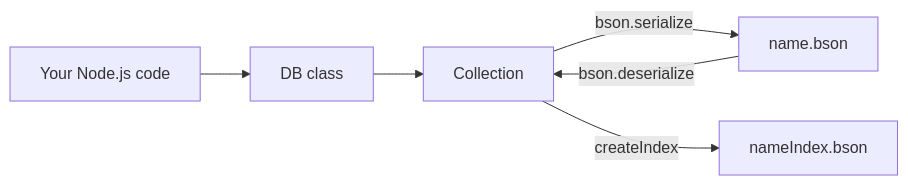
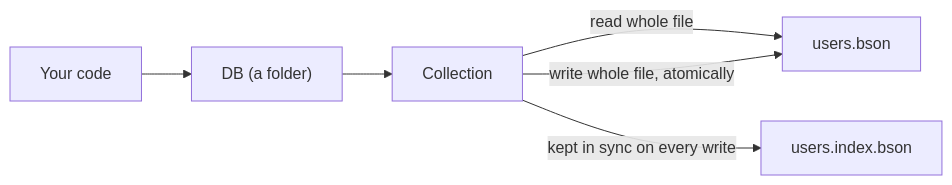
One commit to youssefseyam212/youssefdb changed the diagram in README.md. Above: the diagram before and after it, drawn with Mermaid. The commit also changed other lines of this file and 5 other files, not shown here.

````diff
--- a/README.md
+++ b/README.md
@@ -9,8 +42,8 @@
 ```mermaid
 flowchart LR
-    App[Your Node.js code] --> DB[DB class]
+    App[Your code] --> DB["DB (a folder)"]
     DB --> Col[Collection]
-    Col -->|bson.serialize| File["name.bson"]
-    File -->|bson.deserialize| Col
-    Col -->|createIndex| Index["nameIndex.bson"]
+    Col -->|read whole file| File["users.bson"]
+    Col -->|write whole file, atomically| File
+    Col -->|kept in sync on every write| Index["users.index.bson"]
 ```
````
